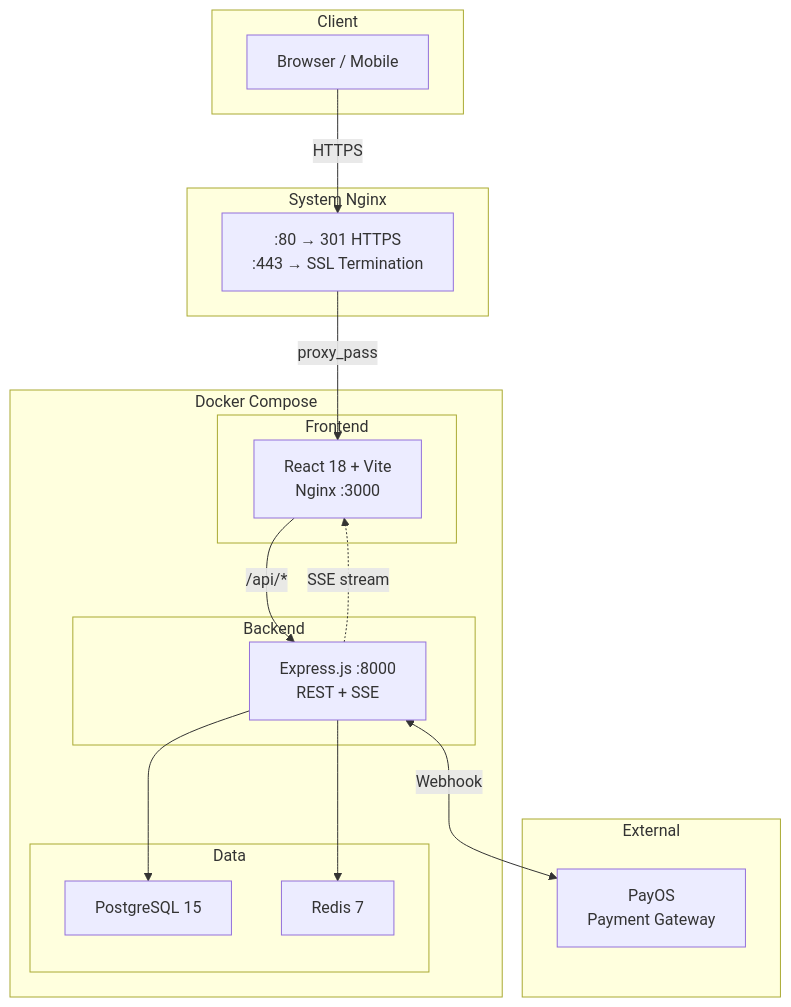
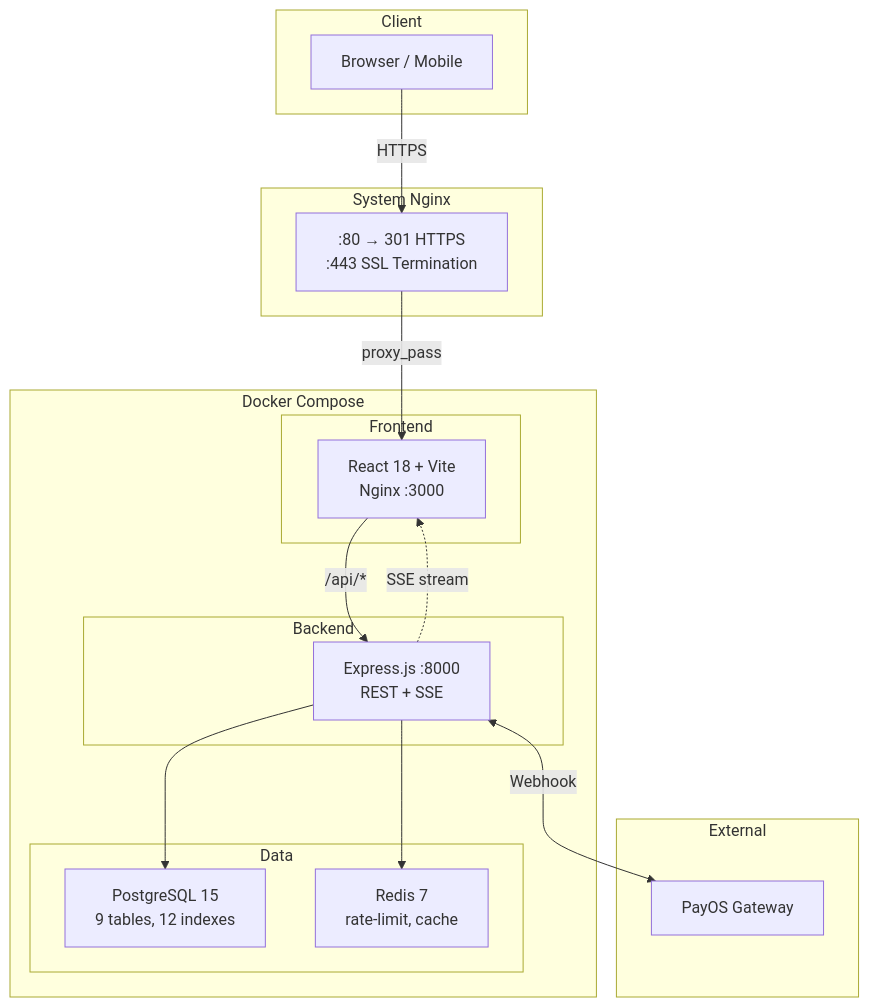
Before and after one commit to initforge/u.i-conhon: the first of 2 diagrams in README.md, drawn with Mermaid. The commit also changed other lines of this file and 3 other files, not shown here.

````diff
--- a/README.md
+++ b/README.md
@@ -90,35 +104,35 @@
 ```mermaid
 graph TB
     subgraph Client
-        B[Browser / Mobile]
+        B["Browser / Mobile"]
     end
 
     subgraph "System Nginx"
-        N[":80 → 301 HTTPS<br/>:443 → SSL Termination"]
+        N[":80 → 301 HTTPS<br/>:443 SSL Termination"]
     end
 
     subgraph "Docker Compose"
         subgraph Frontend
             FE["React 18 + Vite<br/>Nginx :3000"]
         end
         subgraph Backend
             API["Express.js :8000<br/>REST + SSE"]
         end
         subgraph Data
-            DB["PostgreSQL 15"]
-            RD["Redis 7"]
+            DB["PostgreSQL 15<br/>9 tables, 12 indexes"]
+            RD["Redis 7<br/>rate-limit, cache"]
         end
     end
 
     subgraph External
-        PO["PayOS<br/>Payment Gateway"]
+        PO["PayOS Gateway"]
     end
 
     B -->|HTTPS| N
     N -->|proxy_pass| FE
-    FE -->|/api/*| API
+    FE -->|"/api/*"| API
     API --> DB
     API --> RD
     API <-->|Webhook| PO
     API -.->|SSE stream| FE
 ```
````
